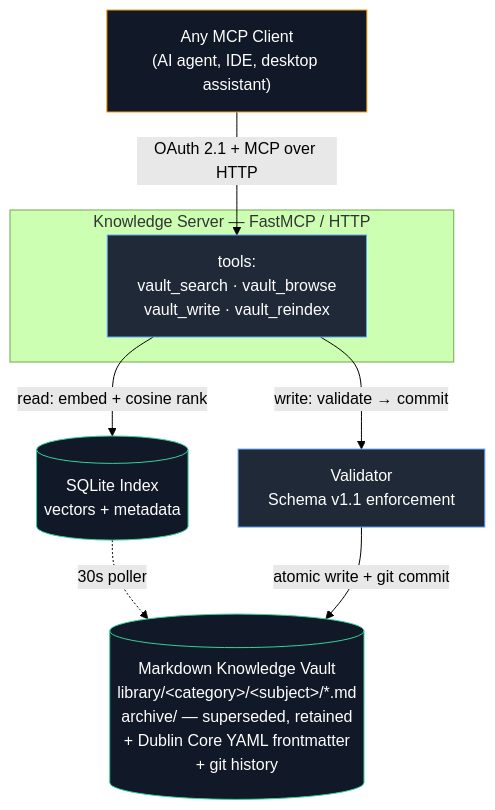
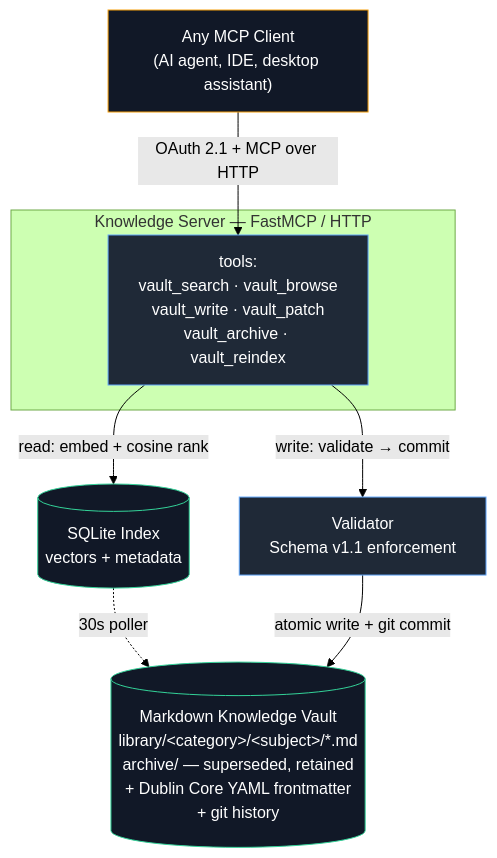
The first of 2 diagrams in README.md (rossblanchard/knowledge-server-public), drawn with Mermaid (forest theme) before and after one commit. The commit also changed other lines of this file and 8 other files, not shown here.

First line of the commit message:
Add vault_patch/vault_archive (M4) and structured tool-call logging

````diff
--- a/README.md
+++ b/README.md
@@ -57,26 +57,26 @@
 ```mermaid
 flowchart TD
     Client["Any MCP Client<br/>(AI agent, IDE, desktop assistant)"]
 
     subgraph KS["Knowledge Server — FastMCP / HTTP"]
-        Tools["tools:<br/>vault_search · vault_browse<br/>vault_write · vault_reindex"]
+        Tools["tools:<br/>vault_search · vault_browse<br/>vault_write · vault_patch<br/>vault_archive · vault_reindex"]
     end
 
     Index[("SQLite Index<br/>vectors + metadata")]
     Validator["Validator<br/>Schema v1.1 enforcement"]
     Vault[("Markdown Knowledge Vault<br/>library/&lt;category&gt;/&lt;subject&gt;/*.md<br/>archive/ — superseded, retained<br/>+ Dublin Core YAML frontmatter<br/>+ git history")]
 
     Client -- "OAuth 2.1 + MCP over HTTP" --> Tools
     Tools -- "read: embed + cosine rank" --> Index
     Tools -- "write: validate → commit" --> Validator
     Index -. "30s poller" .-> Vault
     Validator -- "atomic write + git commit" --> Vault
 
     classDef server fill:#1f2937,stroke:#60a5fa,color:#fff
     classDef store fill:#111827,stroke:#34d399,color:#fff
     classDef client fill:#111827,stroke:#f59e0b,color:#fff
 
     class Client client
     class Tools,Validator server
     class Index,Vault store
 ```
````
